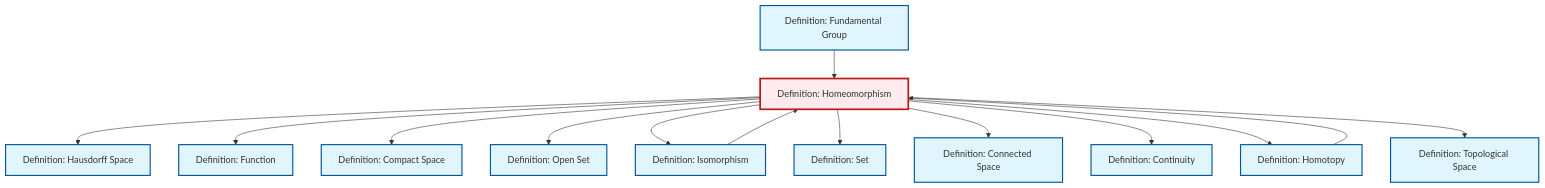
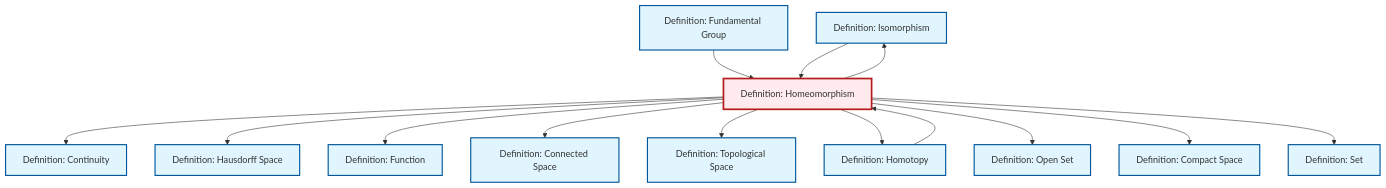
One commit to RK0429/ModernMath changed the diagram in content/en/topology/def-homeomorphism.qmd. Above: the diagram before and after it, drawn with Mermaid. The commit also changed other lines of this file and 1012 other files, not shown here.

````diff
--- a/content/en/topology/def-homeomorphism.qmd
+++ b/content/en/topology/def-homeomorphism.qmd
@@ -103,46 +103,46 @@
 ```{mermaid}
 %%| fig-cap: "Local dependency graph"
 graph TD
     classDef definition fill:#e1f5fe,stroke:#01579b,stroke-width:2px
     classDef theorem fill:#f3e5f5,stroke:#4a148c,stroke-width:2px
     classDef axiom fill:#fff3e0,stroke:#e65100,stroke-width:2px
     classDef example fill:#e8f5e9,stroke:#1b5e20,stroke-width:2px
     classDef current fill:#ffebee,stroke:#b71c1c,stroke-width:3px
+    def-isomorphism["Definition: Isomorphism"]:::definition
+    def-fundamental-group["Definition: Fundamental Group"]:::definition
+    def-connected["Definition: Connected Space"]:::definition
+    def-homotopy["Definition: Homotopy"]:::definition
+    def-open-set["Definition: Open Set"]:::definition
     def-set["Definition: Set"]:::definition
-    def-fundamental-group["Definition: Fundamental Group"]:::definition
+    def-homeomorphism["Definition: Homeomorphism"]:::definition
+    def-continuity["Definition: Continuity"]:::definition
     def-function["Definition: Function"]:::definition
-    def-homeomorphism["Definition: Homeomorphism"]:::definition
-    def-connected["Definition: Connected Space"]:::definition
+    def-compact["Definition: Compact Space"]:::definition
+    def-topological-space["Definition: Topological Space"]:::definition
     def-hausdorff["Definition: Hausdorff Space"]:::definition
-    def-homotopy["Definition: Homotopy"]:::definition
-    def-isomorphism["Definition: Isomorphism"]:::definition
-    def-open-set["Definition: Open Set"]:::definition
-    def-topological-space["Definition: Topological Space"]:::definition
-    def-continuity["Definition: Continuity"]:::definition
-    def-compact["Definition: Compact Space"]:::definition
+    def-homeomorphism --> def-continuity
     def-homeomorphism --> def-hausdorff
+    def-homeomorphism --> def-function
+    def-fundamental-group --> def-homeomorphism
+    def-homotopy --> def-homeomorphism
     def-isomorphism --> def-homeomorphism
-    def-homeomorphism --> def-function
+    def-homeomorphism --> def-connected
+    def-homeomorphism --> def-topological-space
+    def-homeomorphism --> def-homotopy
+    def-homeomorphism --> def-isomorphism
+    def-homeomorphism --> def-open-set
     def-homeomorphism --> def-compact
-    def-homeomorphism --> def-open-set
-    def-homeomorphism --> def-isomorphism
     def-homeomorphism --> def-set
-    def-homotopy --> def-homeomorphism
-    def-homeomorphism --> def-connected
-    def-homeomorphism --> def-continuity
-    def-homeomorphism --> def-homotopy
-    def-homeomorphism --> def-topological-space
-    def-fundamental-group --> def-homeomorphism
     class def-homeomorphism current
+    click def-isomorphism "def-isomorphism.html" "Go to Isomorphism definition"
+    click def-fundamental-group "def-fundamental-group.html" "Go to Fundamental Group definition"
+    click def-connected "def-connected.html" "Go to Connected Space definition"
+    click def-homotopy "def-homotopy.html" "Go to Homotopy definition"
+    click def-open-set "def-open-set.html" "Go to Open Set definition"
     click def-set "def-set.html" "Go to Set definition"
-    click def-fundamental-group "def-fundamental-group.html" "Go to Fundamental Group definition"
+    click def-continuity "def-continuity.html" "Go to Continuity definition"
     click def-function "def-function.html" "Go to Function definition"
-    click def-connected "def-connected.html" "Go to Connected Space definition"
+    click def-compact "def-compact.html" "Go to Compact Space definition"
+    click def-topological-space "def-topological-space.html" "Go to Topological Space definition"
     click def-hausdorff "def-hausdorff.html" "Go to Hausdorff Space definition"
-    click def-homotopy "def-homotopy.html" "Go to Homotopy definition"
-    click def-isomorphism "def-isomorphism.html" "Go to Isomorphism definition"
-    click def-open-set "def-open-set.html" "Go to Open Set definition"
-    click def-topological-space "def-topological-space.html" "Go to Topological Space definition"
-    click def-continuity "def-continuity.html" "Go to Continuity definition"
-    click def-compact "def-compact.html" "Go to Compact Space definition"
 ```
````
